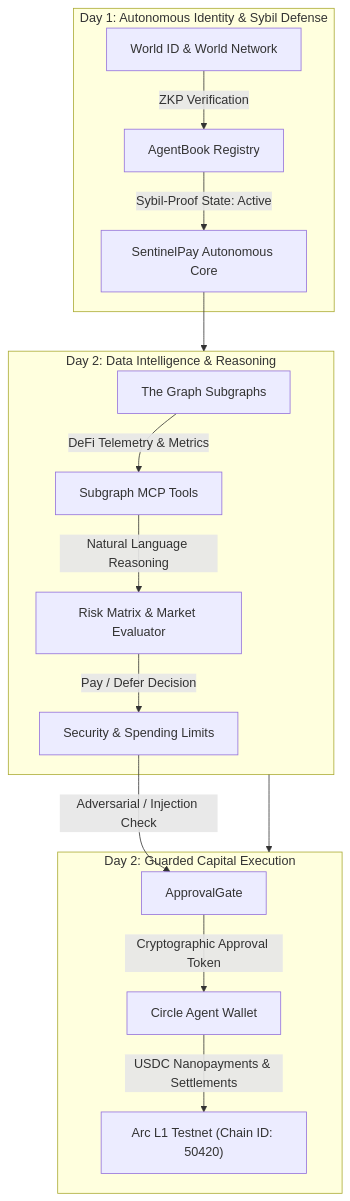
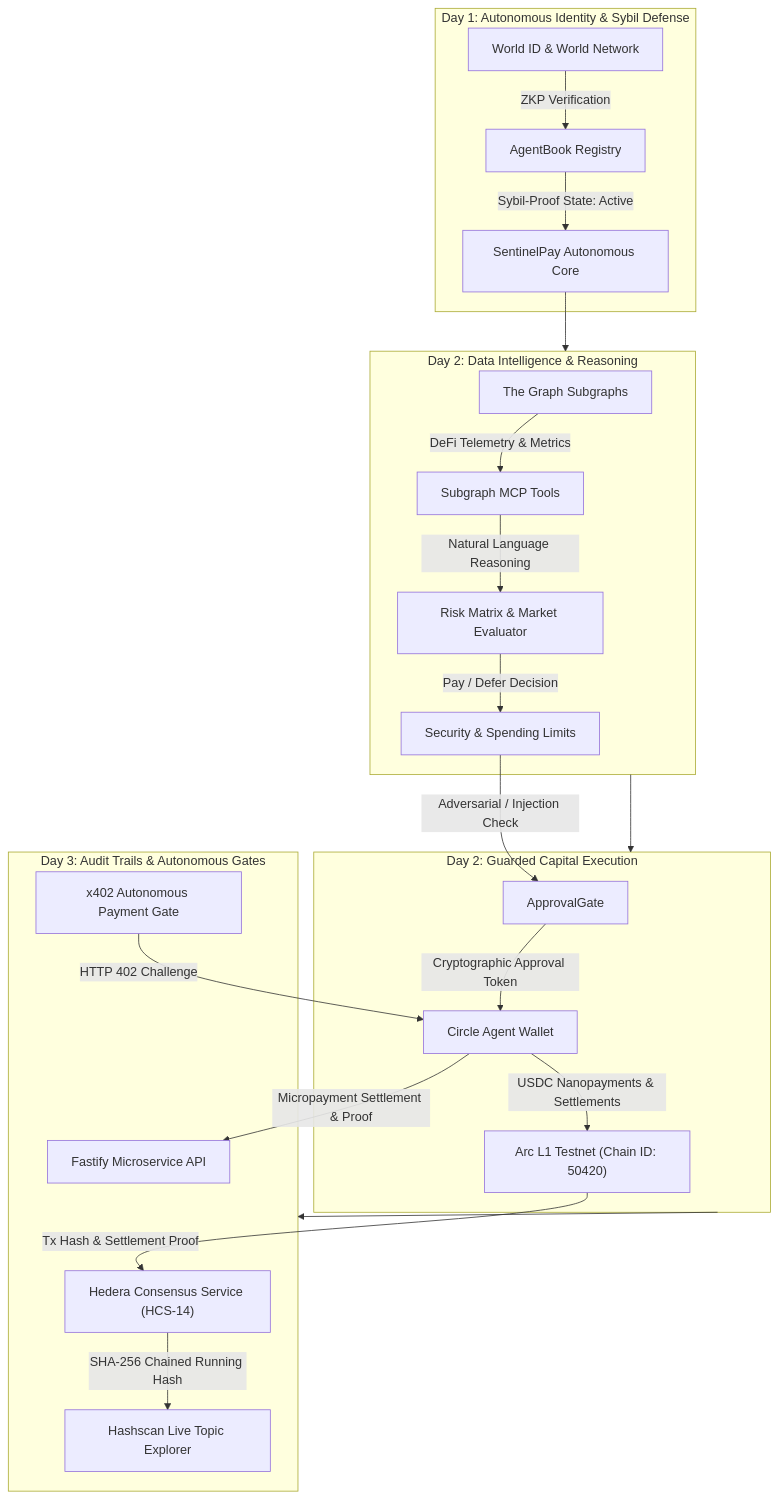
The diagram in README.md (themaden/sentinel-agent), drawn with Mermaid before and after one commit. The commit also changed other lines of this file, not shown here.

Commit message:
docs: update README and roadmap for completed Day 3 milestones

````diff
--- a/README.md
+++ b/README.md
@@ -37,22 +42,30 @@
 ```mermaid
 flowchart TB
     subgraph S1["Day 1: Autonomous Identity & Sybil Defense"]
         WID["World ID & World Network"] -->|ZKP Verification| AB["AgentBook Registry"]
         AB -->|Sybil-Proof State: Active| SA["SentinelPay Autonomous Core"]
     end
 
     subgraph S2["Day 2: Data Intelligence & Reasoning"]
         TG["The Graph Subgraphs"] -->|DeFi Telemetry & Metrics| MCP["Subgraph MCP Tools"]
         MCP -->|Natural Language Reasoning| RISK["Risk Matrix & Market Evaluator"]
         RISK -->|Pay / Defer Decision| SG["Security & Spending Limits"]
     end
 
     subgraph S3["Day 2: Guarded Capital Execution"]
         SG -->|Adversarial / Injection Check| AG["ApprovalGate"]
         AG -->|Cryptographic Approval Token| CW["Circle Agent Wallet"]
         CW -->|USDC Nanopayments & Settlements| ARC["Arc L1 Testnet (Chain ID: 50420)"]
     end
 
+    subgraph S4["Day 3: Audit Trails & Autonomous Gates"]
+        ARC -->|Tx Hash & Settlement Proof| HCS["Hedera Consensus Service (HCS-14)"]
+        HCS -->|SHA-256 Chained Running Hash| HS["Hashscan Live Topic Explorer"]
+        GATE["x402 Autonomous Payment Gate"] -->|HTTP 402 Challenge| CW
+        CW -->|Micropayment Settlement & Proof| API["Fastify Microservice API"]
+    end
+
     SA --> S2
     S2 --> S3
+    S3 --> S4
 ```
````
